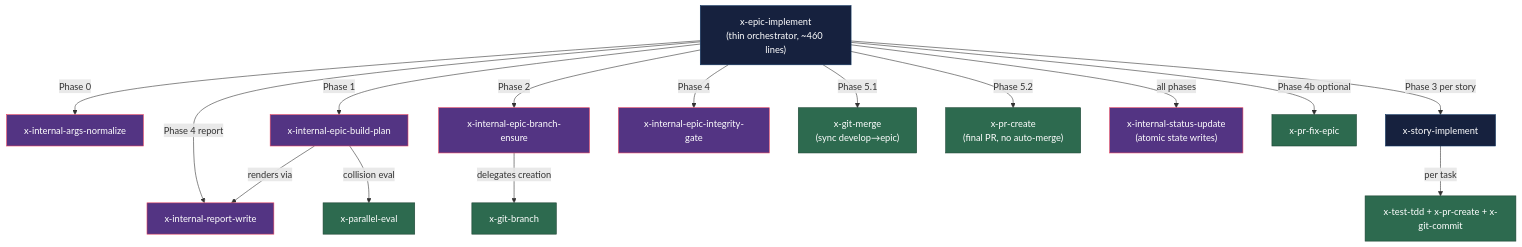
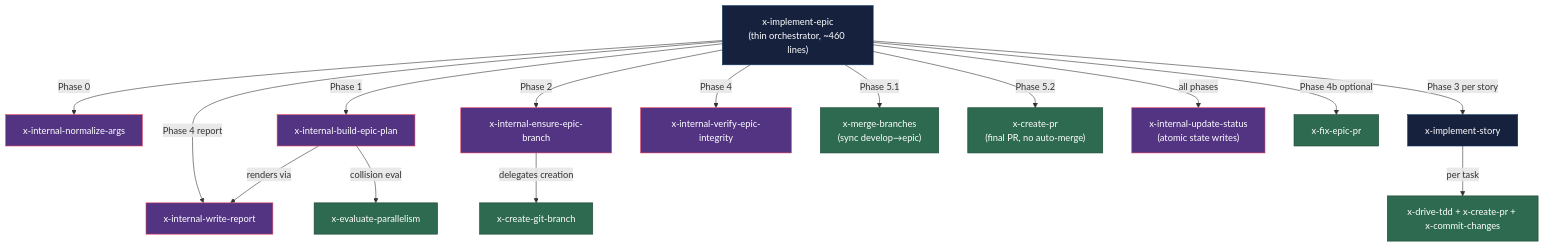
The second of 3 diagrams in src/main/resources/targets/claude/skills/core/dev/x-implement-epic/README.md (review-bench/edercnj_ia-dev-environment), drawn with Mermaid before and after one commit. The commit also changed other lines of this file and 310 other files, not shown here.

First line of the commit message:
feat(epic-0076): story-0076-0006 — update all cross-references to verb-first skill names

````diff
--- a/src/main/resources/targets/claude/skills/core/dev/x-implement-epic/README.md
+++ b/src/main/resources/targets/claude/skills/core/dev/x-implement-epic/README.md
@@ -61,26 +61,26 @@
 ```mermaid
 graph TD
-    EPIC["x-epic-implement<br/>(thin orchestrator, ~460 lines)"] -->|Phase 0| ARGS["x-internal-args-normalize"]
-    EPIC -->|Phase 1| PLAN["x-internal-epic-build-plan"]
-    EPIC -->|Phase 2| BRANCH["x-internal-epic-branch-ensure"]
-    EPIC -->|Phase 3 per story| STORY["x-story-implement"]
-    EPIC -->|Phase 4| GATE["x-internal-epic-integrity-gate"]
-    EPIC -->|Phase 4 report| REPORT["x-internal-report-write"]
-    EPIC -->|Phase 5.1| MERGE["x-git-merge<br/>(sync develop→epic)"]
-    EPIC -->|Phase 5.2| PR["x-pr-create<br/>(final PR, no auto-merge)"]
-    EPIC -->|all phases| STATE["x-internal-status-update<br/>(atomic state writes)"]
-    EPIC -->|Phase 4b optional| PRFIX["x-pr-fix-epic"]
+    EPIC["x-implement-epic<br/>(thin orchestrator, ~460 lines)"] -->|Phase 0| ARGS["x-internal-normalize-args"]
+    EPIC -->|Phase 1| PLAN["x-internal-build-epic-plan"]
+    EPIC -->|Phase 2| BRANCH["x-internal-ensure-epic-branch"]
+    EPIC -->|Phase 3 per story| STORY["x-implement-story"]
+    EPIC -->|Phase 4| GATE["x-internal-verify-epic-integrity"]
+    EPIC -->|Phase 4 report| REPORT["x-internal-write-report"]
+    EPIC -->|Phase 5.1| MERGE["x-merge-branches<br/>(sync develop→epic)"]
+    EPIC -->|Phase 5.2| PR["x-create-pr<br/>(final PR, no auto-merge)"]
+    EPIC -->|all phases| STATE["x-internal-update-status<br/>(atomic state writes)"]
+    EPIC -->|Phase 4b optional| PRFIX["x-fix-epic-pr"]
 
-    BRANCH -->|delegates creation| GITBRANCH["x-git-branch"]
+    BRANCH -->|delegates creation| GITBRANCH["x-create-git-branch"]
     PLAN -->|renders via| REPORT
-    PLAN -->|collision eval| PAREV["x-parallel-eval"]
-    STORY -->|per task| TDD["x-test-tdd + x-pr-create + x-git-commit"]
+    PLAN -->|collision eval| PAREV["x-evaluate-parallelism"]
+    STORY -->|per task| TDD["x-drive-tdd + x-create-pr + x-commit-changes"]
 
     classDef thin fill:#16213e,stroke:#0f3460,color:#fff
     classDef internal fill:#533483,stroke:#e94560,color:#fff
     classDef primitive fill:#2d6a4f,stroke:#1b4332,color:#fff
 
     class EPIC,STORY thin
     class ARGS,PLAN,BRANCH,GATE,REPORT,STATE internal
     class MERGE,PR,GITBRANCH,PAREV,PRFIX,TDD primitive
 ```
````
